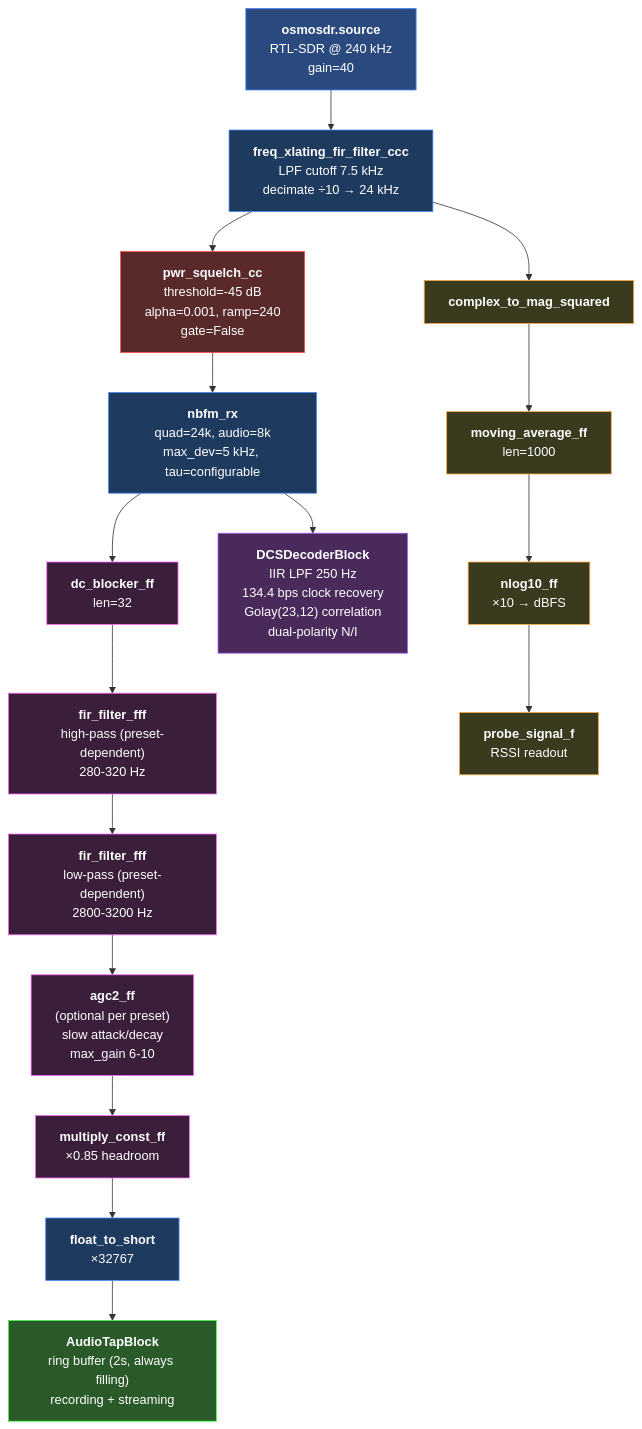
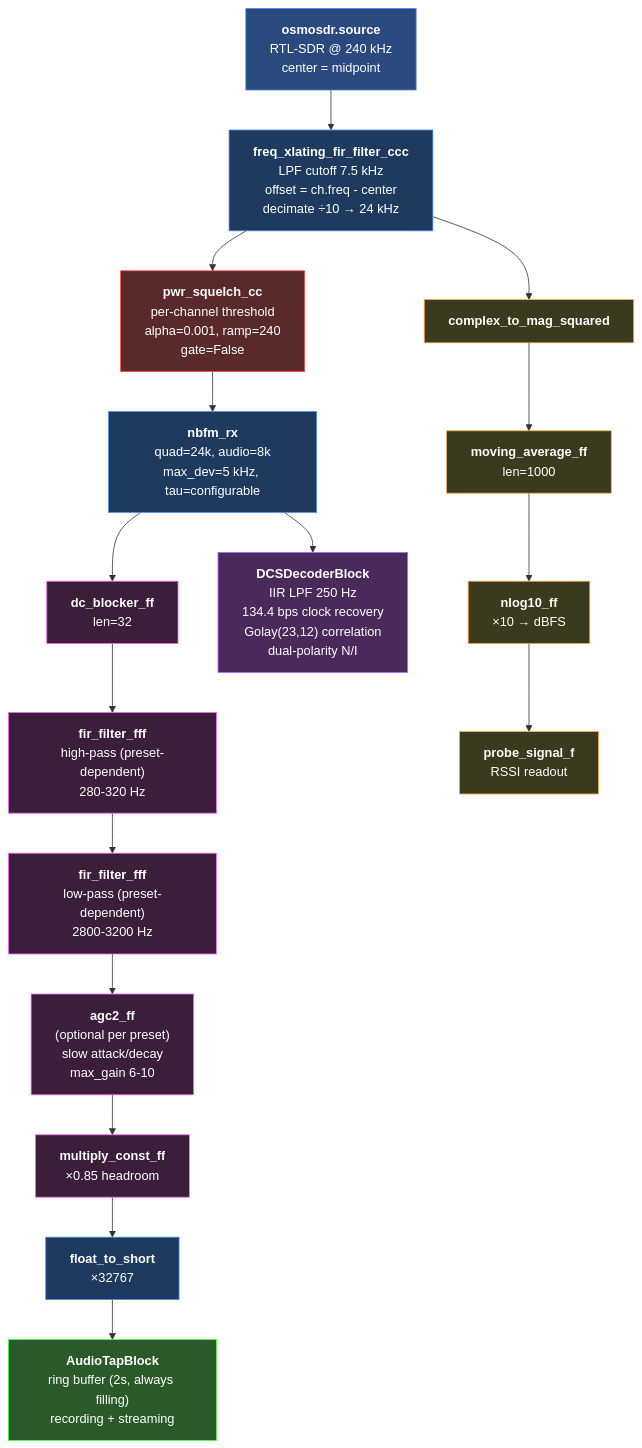
One commit to MikesRND/sdr-rx changed the third of 5 diagrams in DESIGN.md. Above: the diagram before and after it, drawn with Mermaid. The commit also changed other lines of this file and 11 other files, not shown here.

````diff
--- a/DESIGN.md
+++ b/DESIGN.md
@@ -32,57 +86,57 @@
 ```mermaid
 flowchart TD
-    SRC["<b>osmosdr.source</b><br/>RTL-SDR @ 240 kHz<br/>gain=40"]
+    SRC["<b>osmosdr.source</b><br/>RTL-SDR @ 240 kHz<br/>center = midpoint"]
 
-    CHAN["<b>freq_xlating_fir_filter_ccc</b><br/>LPF cutoff 7.5 kHz<br/>decimate ÷10 → 24 kHz"]
+    CHAN["<b>freq_xlating_fir_filter_ccc</b><br/>LPF cutoff 7.5 kHz<br/>offset = ch.freq - center<br/>decimate ÷10 → 24 kHz"]
 
-    SQ["<b>pwr_squelch_cc</b><br/>threshold=-45 dB<br/>alpha=0.001, ramp=240<br/>gate=False"]
+    SQ["<b>pwr_squelch_cc</b><br/>per-channel threshold<br/>alpha=0.001, ramp=240<br/>gate=False"]
 
     NBFM["<b>nbfm_rx</b><br/>quad=24k, audio=8k<br/>max_dev=5 kHz, tau=configurable"]
 
     DC["<b>dc_blocker_ff</b><br/>len=32"]
 
     HPF["<b>fir_filter_fff</b><br/>high-pass (preset-dependent)<br/>280-320 Hz"]
 
     LPF["<b>fir_filter_fff</b><br/>low-pass (preset-dependent)<br/>2800-3200 Hz"]
 
     AGC["<b>agc2_ff</b><br/>(optional per preset)<br/>slow attack/decay<br/>max_gain 6-10"]
 
     HEADROOM["<b>multiply_const_ff</b><br/>×0.85 headroom"]
 
     F2S["<b>float_to_short</b><br/>×32767"]
 
     TAP["<b>AudioTapBlock</b><br/>ring buffer (2s, always filling)<br/>recording + streaming"]
 
     DCS["<b>DCSDecoderBlock</b><br/>IIR LPF 250 Hz<br/>134.4 bps clock recovery<br/>Golay(23,12) correlation<br/>dual-polarity N/I"]
 
     MAG["<b>complex_to_mag_squared</b>"]
     AVG["<b>moving_average_ff</b><br/>len=1000"]
     LOG["<b>nlog10_ff</b><br/>×10 → dBFS"]
     PROBE["<b>probe_signal_f</b><br/>RSSI readout"]
 
     SRC --> CHAN
 
     CHAN --> SQ
     SQ --> NBFM
     NBFM --> DC --> HPF --> LPF --> AGC --> HEADROOM --> F2S --> TAP
     NBFM --> DCS
 
     CHAN --> MAG --> AVG --> LOG --> PROBE
 
     style SRC fill:#2a4a7f,stroke:#4a8af4,color:#fff
     style CHAN fill:#1e3a5f,stroke:#4a8af4,color:#fff
     style SQ fill:#5a2a2a,stroke:#ff4444,color:#fff
     style NBFM fill:#1e3a5f,stroke:#4a8af4,color:#fff
     style DC fill:#3a1e3a,stroke:#ff66ff,color:#fff
     style HPF fill:#3a1e3a,stroke:#ff66ff,color:#fff
     style LPF fill:#3a1e3a,stroke:#ff66ff,color:#fff
     style AGC fill:#3a1e3a,stroke:#ff66ff,color:#fff
     style HEADROOM fill:#3a1e3a,stroke:#ff66ff,color:#fff
     style F2S fill:#1e3a5f,stroke:#4a8af4,color:#fff
     style TAP fill:#2a5a2a,stroke:#44ff44,color:#fff
     style DCS fill:#4a2a5a,stroke:#aa66ff,color:#fff
     style MAG fill:#3a3a1e,stroke:#ffaa44,color:#fff
     style AVG fill:#3a3a1e,stroke:#ffaa44,color:#fff
     style LOG fill:#3a3a1e,stroke:#ffaa44,color:#fff
     style PROBE fill:#3a3a1e,stroke:#ffaa44,color:#fff
 ```
````
